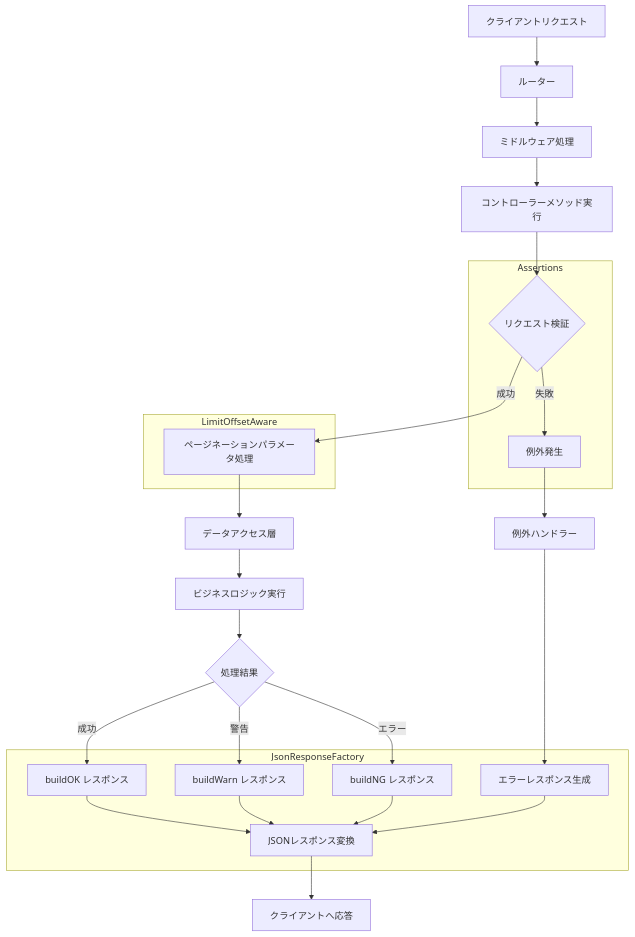
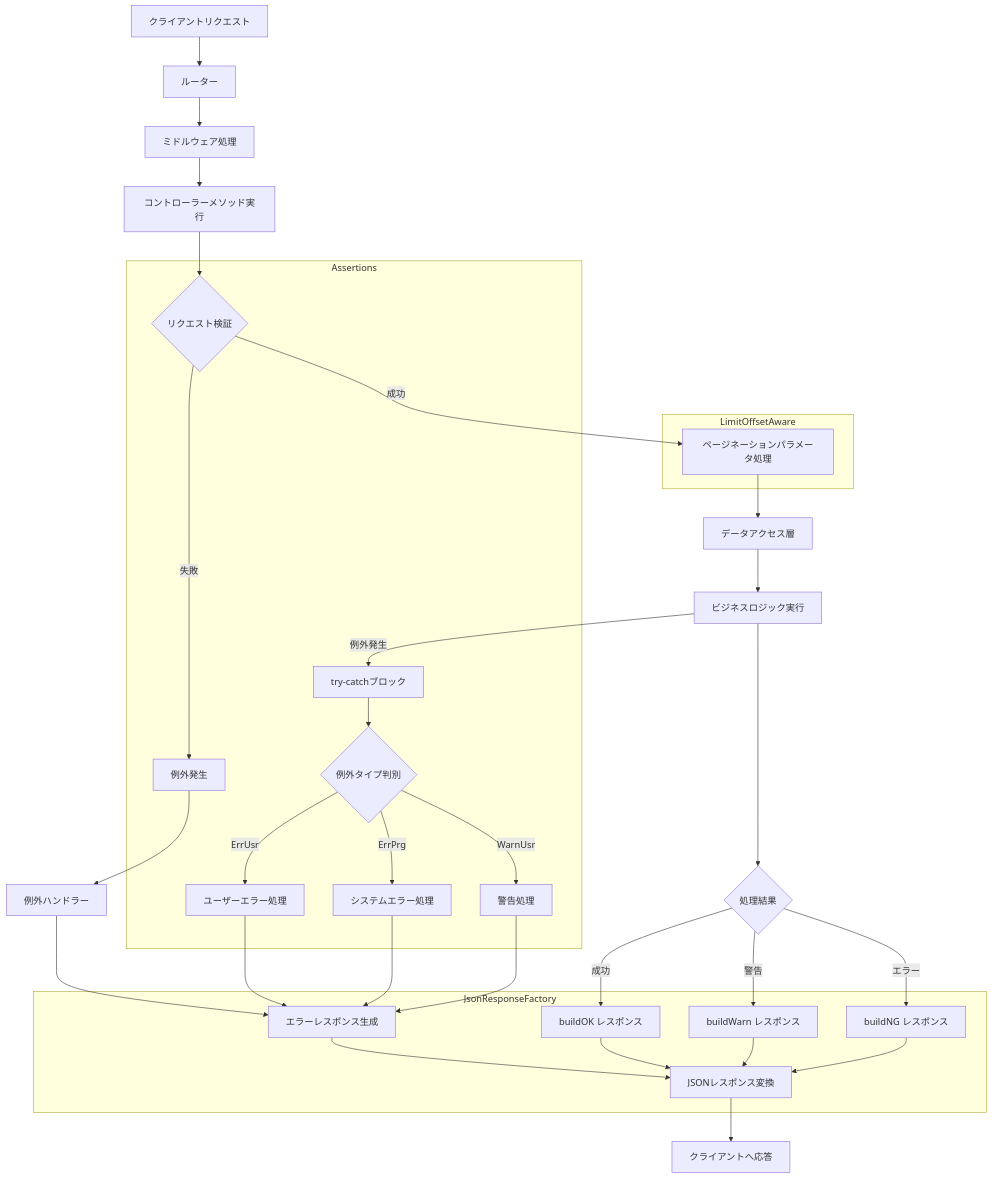
The first of 2 diagrams in README.md (tqcuong-it/docs), drawn with Mermaid before and after one commit. The commit also changed other lines of this file, not shown here.

````diff
--- a/README.md
+++ b/README.md
@@ -23,44 +23,59 @@
 ```mermaid
 flowchart TD
     A[クライアントリクエスト] --> B[ルーター]
     B --> C[ミドルウェア処理]
     C --> D[コントローラーメソッド実行]
     
     D --> E{リクエスト検証}
     E -->|失敗| F[例外発生]
     F --> G[例外ハンドラー]
     G --> H[エラーレスポンス生成]
     
     E -->|成功| I[ページネーションパラメータ処理]
     I --> J[データアクセス層]
     J --> K[ビジネスロジック実行]
+    
+    K -->|例外発生| R[try-catchブロック]
+    R --> S{例外タイプ判別}
+    S -->|ErrUsr| T[ユーザーエラー処理]
+    S -->|ErrPrg| U[システムエラー処理]
+    S -->|WarnUsr| V[警告処理]
+    
+    T --> H
+    U --> H
+    V --> H
     
     K --> L{処理結果}
     L -->|成功| M[buildOK レスポンス]
     L -->|警告| N[buildWarn レスポンス]
     L -->|エラー| O[buildNG レスポンス]
     
     M --> P[JSONレスポンス変換]
     N --> P
     O --> P
     H --> P
     
     P --> Q[クライアントへ応答]
     
     subgraph "LimitOffsetAware"
     I
     end
     
     subgraph "Assertions"
     E
     F
+    R
+    S
+    T
+    U
+    V
     end
     
     subgraph "JsonResponseFactory"
     M
     N
     O
     H
     P
     end
 ```
````
